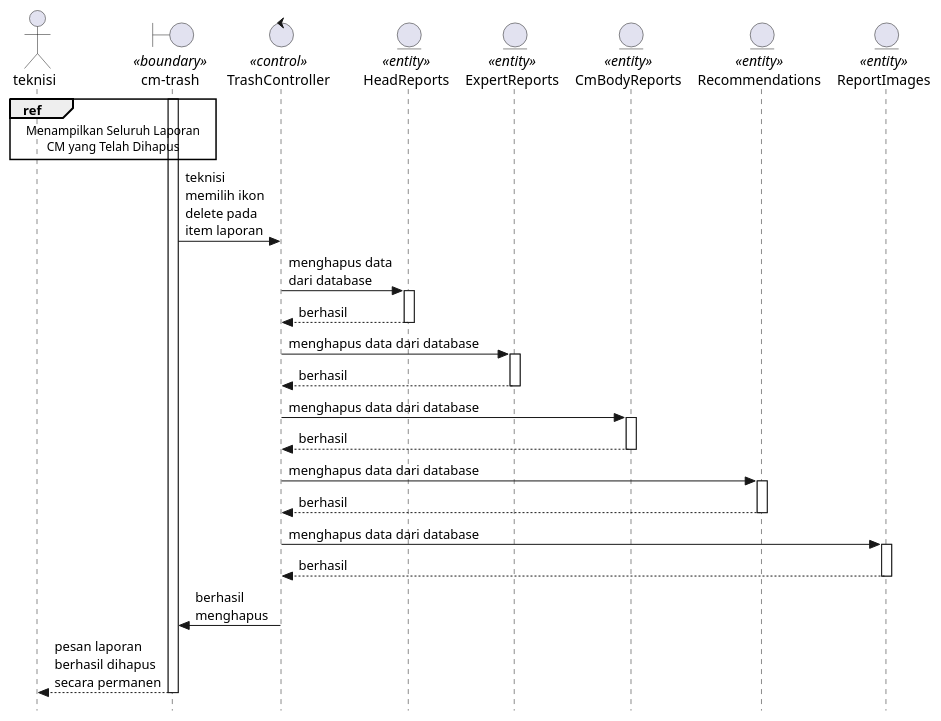
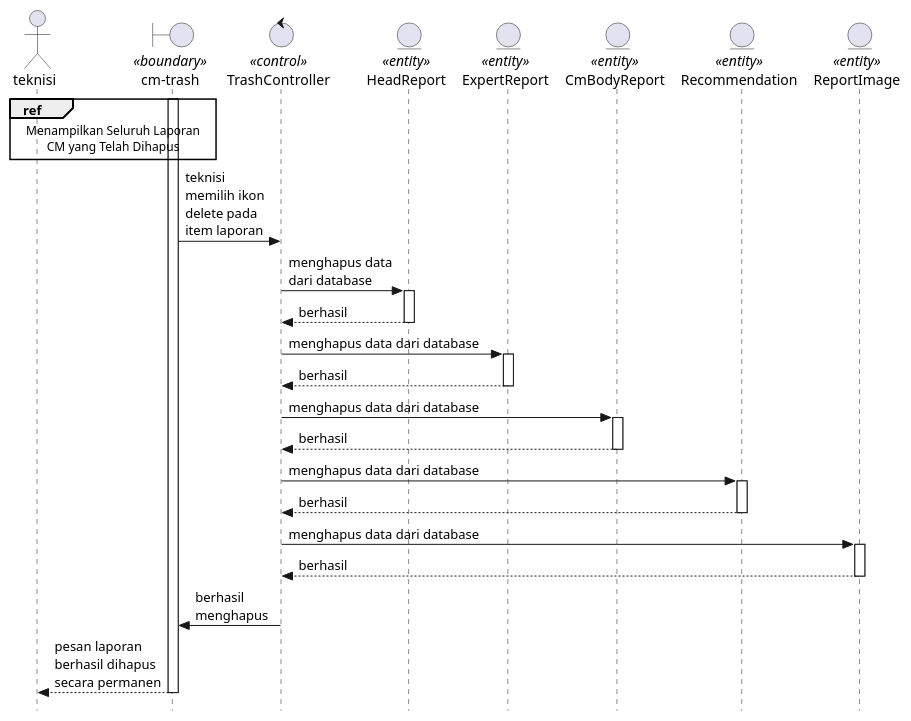
Before and after one commit to KPL-slur/eec-sifse-fixed: the second of 2 diagrams in Docs/diagrams/sequence/permDelete.plantuml, drawn with PlantUML. The commit also changed other lines of this file and 5 other files, not shown here.

```diff
--- a/Docs/diagrams/sequence/permDelete.plantuml
+++ b/Docs/diagrams/sequence/permDelete.plantuml
@@ -43,39 +43,39 @@
 @startuml permDeleteCM
 
 skinparam style strictuml
 
 actor teknisi
 boundary "cm-trash" as trash <<boundary>>
 control TrashController <<control>>
-entity HeadReports <<entity>>
-entity ExpertReports <<entity>>
-entity CmBodyReports <<entity>>
-entity Recommendations <<entity>>
-entity ReportImages <<entity>>
+entity HeadReport <<entity>>
+entity ExpertReport <<entity>>
+entity CmBodyReport <<entity>>
+entity Recommendation <<entity>>
+entity ReportImage <<entity>>
 
 ref over teknisi, trash : Menampilkan Seluruh Laporan\nCM yang Telah Dihapus
 
 activate trash
 trash -> TrashController : teknisi\nmemilih ikon\ndelete pada\nitem laporan
 
-TrashController -> HeadReports : menghapus data\ndari database
-    activate HeadReports
+TrashController -> HeadReport : menghapus data\ndari database
+    activate HeadReport
     return berhasil
-TrashController -> ExpertReports : menghapus data dari database
-    activate ExpertReports
+TrashController -> ExpertReport : menghapus data dari database
+    activate ExpertReport
     return berhasil
-TrashController -> CmBodyReports : menghapus data dari database
-    activate CmBodyReports
+TrashController -> CmBodyReport : menghapus data dari database
+    activate CmBodyReport
     return berhasil
-TrashController -> Recommendations : menghapus data dari database
-    activate Recommendations
+TrashController -> Recommendation : menghapus data dari database
+    activate Recommendation
     return berhasil
-TrashController -> ReportImages : menghapus data dari database
-    activate ReportImages
+TrashController -> ReportImage : menghapus data dari database
+    activate ReportImage
     return berhasil
 
 TrashController -> trash : berhasil\nmenghapus
 trash --> teknisi : pesan laporan\nberhasil dihapus\nsecara permanen
     deactivate trash
 
 @enduml
```
